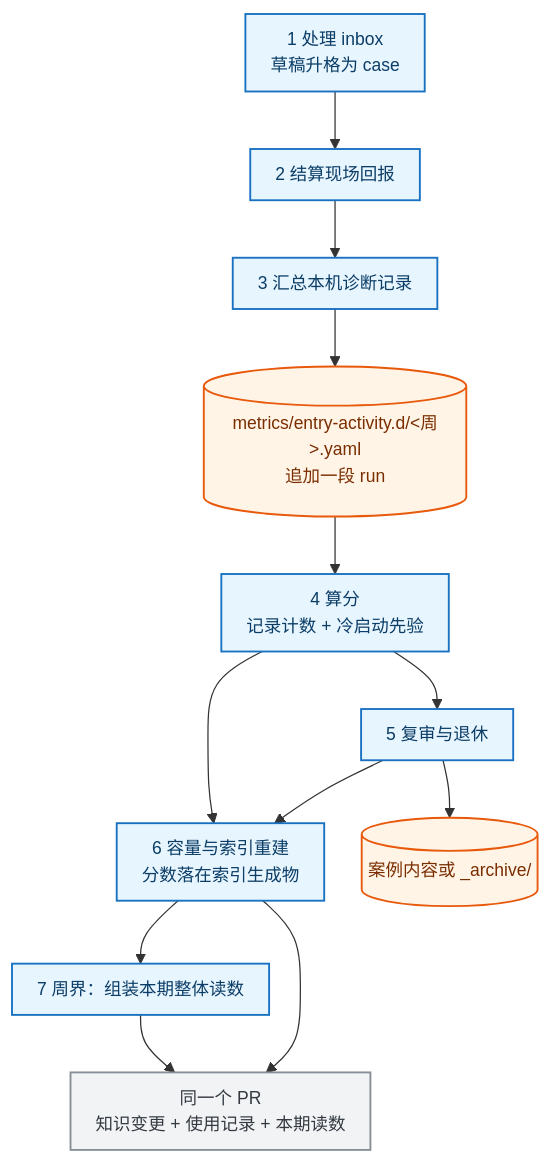
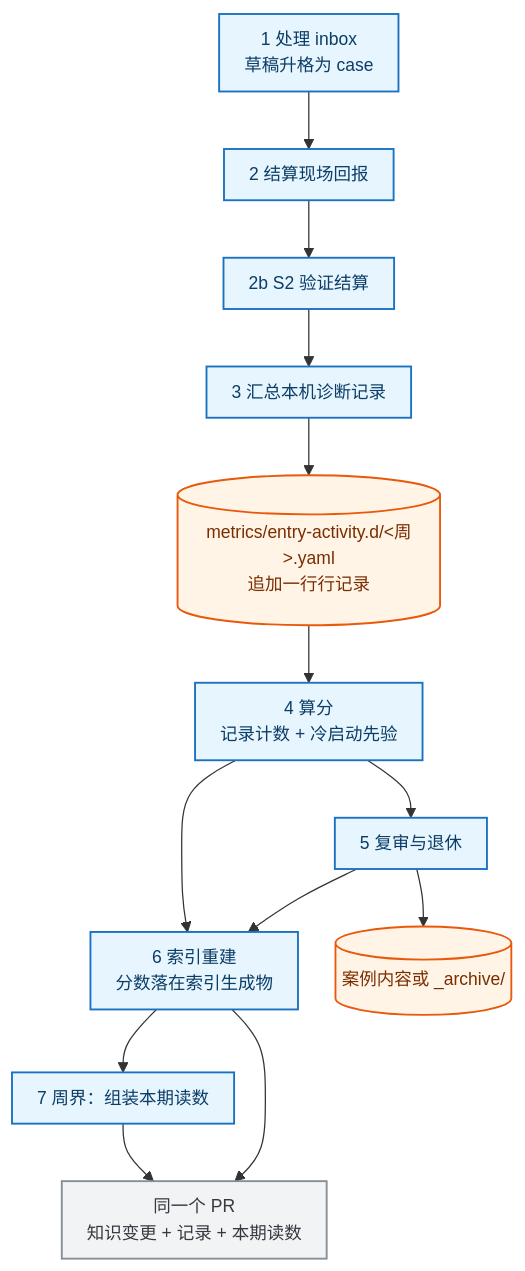
Before and after one commit to Bowen-Leee/ascend-sleuth: the third of 4 diagrams in docs/mechanism/diagnosis-observability.md, drawn with Mermaid. The commit also changed other lines of this file and 1 other file, not shown here.

````diff
--- a/docs/mechanism/diagnosis-observability.md
+++ b/docs/mechanism/diagnosis-observability.md
@@ -213,22 +218,23 @@
 ```mermaid
 %%{init: {'themeVariables':{'fontSize':'14px'},'flowchart':{'curve':'basis','nodeSpacing':30,'rankSpacing':46,'padding':10}}}%%
 flowchart TB
     S1["1 处理 inbox<br/>草稿升格为 case"] --> S2["2 结算现场回报"]
-    S2 --> S3["3 汇总本机诊断记录"]
-    S3 --> R[("metrics/entry-activity.d/&lt;周&gt;.yaml<br/>追加一段 run")]
+    S2 --> S2B["2b S2 验证结算"]
+    S2B --> S3["3 汇总本机诊断记录"]
+    S3 --> R[("metrics/entry-activity.d/&lt;周&gt;.yaml<br/>追加一行行记录")]
     R --> S4["4 算分<br/>记录计数 + 冷启动先验"]
     S4 --> S5["5 复审与退休"]
-    S5 --> S6["6 容量与索引重建<br/>分数落在索引生成物"]
+    S5 --> S6["6 索引重建<br/>分数落在索引生成物"]
     S4 --> S6
     S5 --> C2[("案例内容或 _archive/")]
-    S6 --> S7["7 周界：组装本期整体读数"]
-    S6 --> PR["同一个 PR<br/>知识变更 + 使用记录 + 本期读数"]
+    S6 --> S7["7 周界：组装本期读数"]
+    S6 --> PR["同一个 PR<br/>知识变更 + 记录 + 本期读数"]
     S7 --> PR
 
     classDef step fill:#e7f5ff,stroke:#1971c2,stroke-width:1.5px,color:#0b3d66
     classDef store fill:#fff4e6,stroke:#e8590c,stroke-width:1.5px,color:#7a2e00
     classDef pr fill:#f1f3f5,stroke:#868e96,stroke-width:1.5px,color:#343a40
-    class S1,S2,S3,S4,S5,S6,S7 step
+    class S1,S2,S2B,S3,S4,S5,S6,S7 step
     class R,C2 store
     class PR pr
 ```
````
